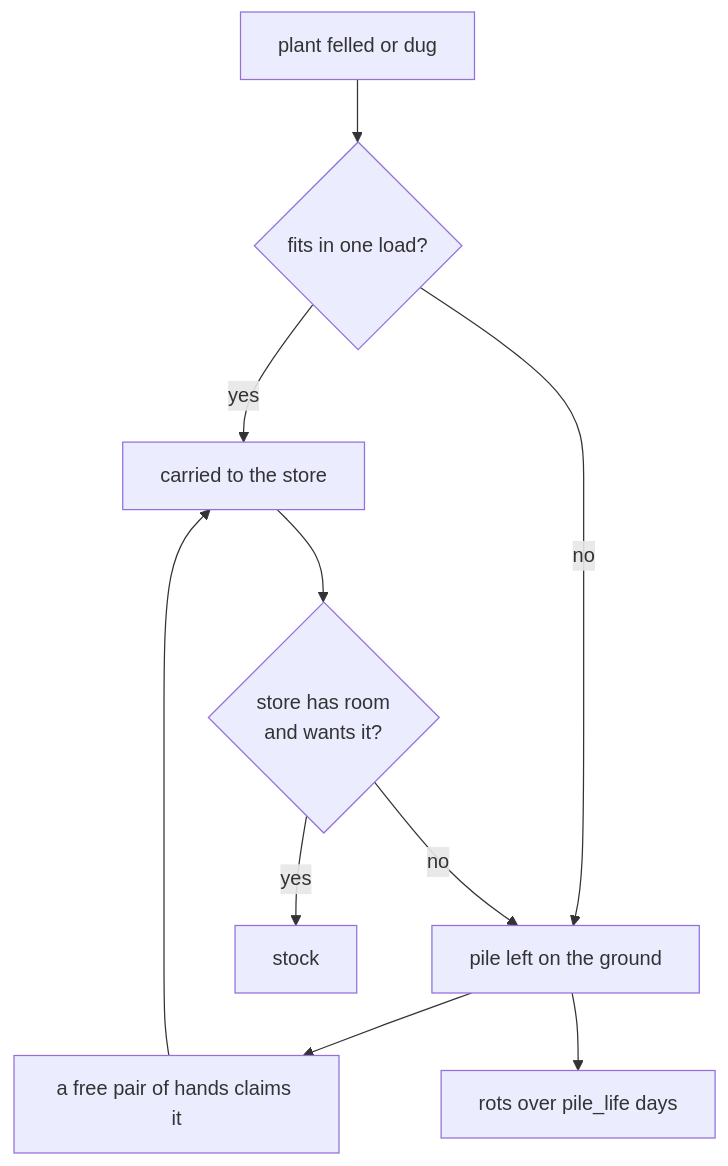
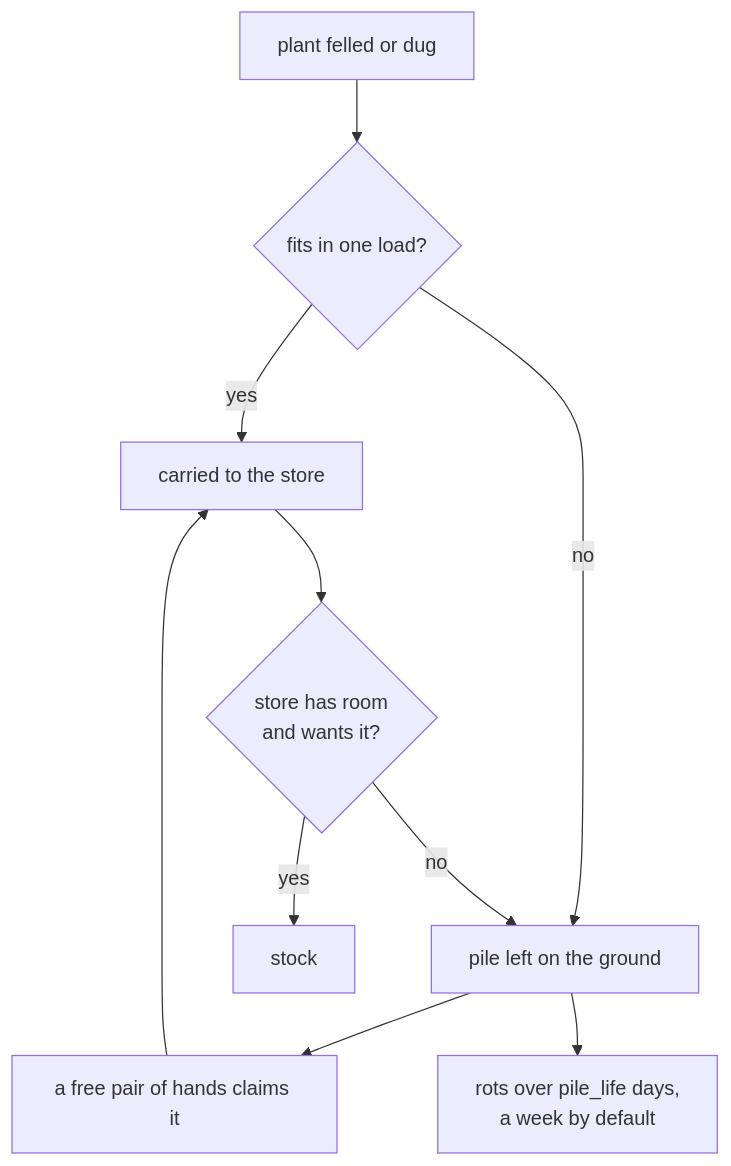
Diagram 30 of 43 in ARCHITECTURE.md (tmpk13/grow), drawn with Mermaid before and after one commit. The commit also changed other lines of this file and 24 other files, not shown here.

````diff
--- a/ARCHITECTURE.md
+++ b/ARCHITECTURE.md
@@ -1197,12 +1205,12 @@
 ```mermaid
 flowchart TD
   cut["plant felled or dug"] --> split{"fits in one load?"}
   split -->|yes| carry["carried to the store"]
   split -->|no| pile["pile left on the ground"]
   pile --> claim["a free pair of hands claims it"]
   claim --> carry
-  pile --> rot["rots over pile_life days"]
+  pile --> rot["rots over pile_life days,<br/>a week by default"]
   carry --> full{"store has room<br/>and wants it?"}
   full -->|yes| stock["stock"]
   full -->|no| pile
 ```
````
